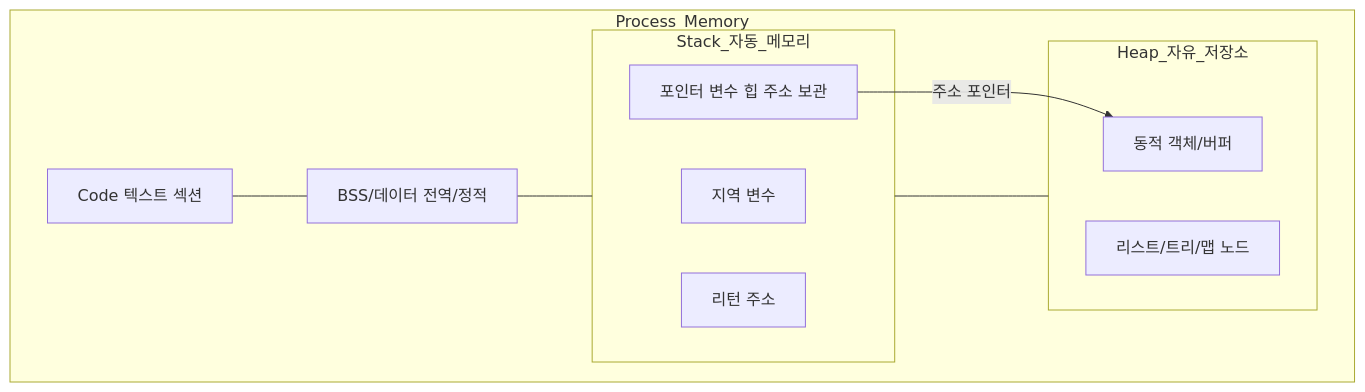
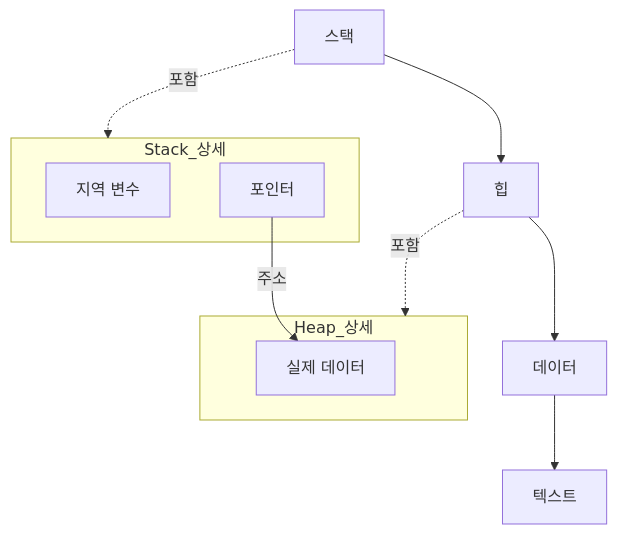
Before and after one commit to SonMyeongJin/SonMyeongJin.github.io: the diagram in _posts/2025-12-17-[ Data Structure ] Stack & Heap.md, drawn with Mermaid. The commit also changed other lines of this file, not shown here.

````diff
--- a/_posts/2025-12-17-[ Data Structure ] Stack & Heap.md
+++ b/_posts/2025-12-17-[ Data Structure ] Stack & Heap.md
@@ -16,22 +12,28 @@
 ```mermaid
 flowchart TB
-    subgraph Process_Memory
-        code[Code 텍스트 섹션]
-        bss[BSS/데이터 전역/정적]
-        subgraph Stack_자동_메모리
-            S1[지역 변수]
-            S2[리턴 주소]
-            S3[포인터 변수 힙 주소 보관]
-        end
-        subgraph Heap_자유_저장소
-            H1[동적 객체/버퍼]
-            H2[리스트/트리/맵 노드]
-        end
+    %% 세로 배치: Stack -> Heap -> Data -> Text
+    Stack[스택]
+    Heap[힙]
+    Data[데이터]
+    Text[텍스트]
+
+    %% 영역 설명(세로 흐름 연결)
+    Stack --> Heap --> Data --> Text
+
+    %% 스택의 지역변수와 포인터, 힙의 실제 데이터
+    subgraph Stack_상세
+      LV[지역 변수]
+      PTR[포인터]
     end
 
-    code --- bss
-    bss --- Stack_자동_메모리
-    Stack_자동_메모리 --- Heap_자유_저장소
+    subgraph Heap_상세
+      OBJ[실제 데이터]
+    end
 
-    S3 -- "주소 포인터" --> H1
+    %% 포인터가 힙 객체를 가리킴
+    PTR -- 주소 --> OBJ
+
+    %% 가독성을 위해 영역과 상세를 연결
+    Stack -. 포함 .-> Stack_상세
+    Heap -. 포함 .-> Heap_상세
 ```
````
